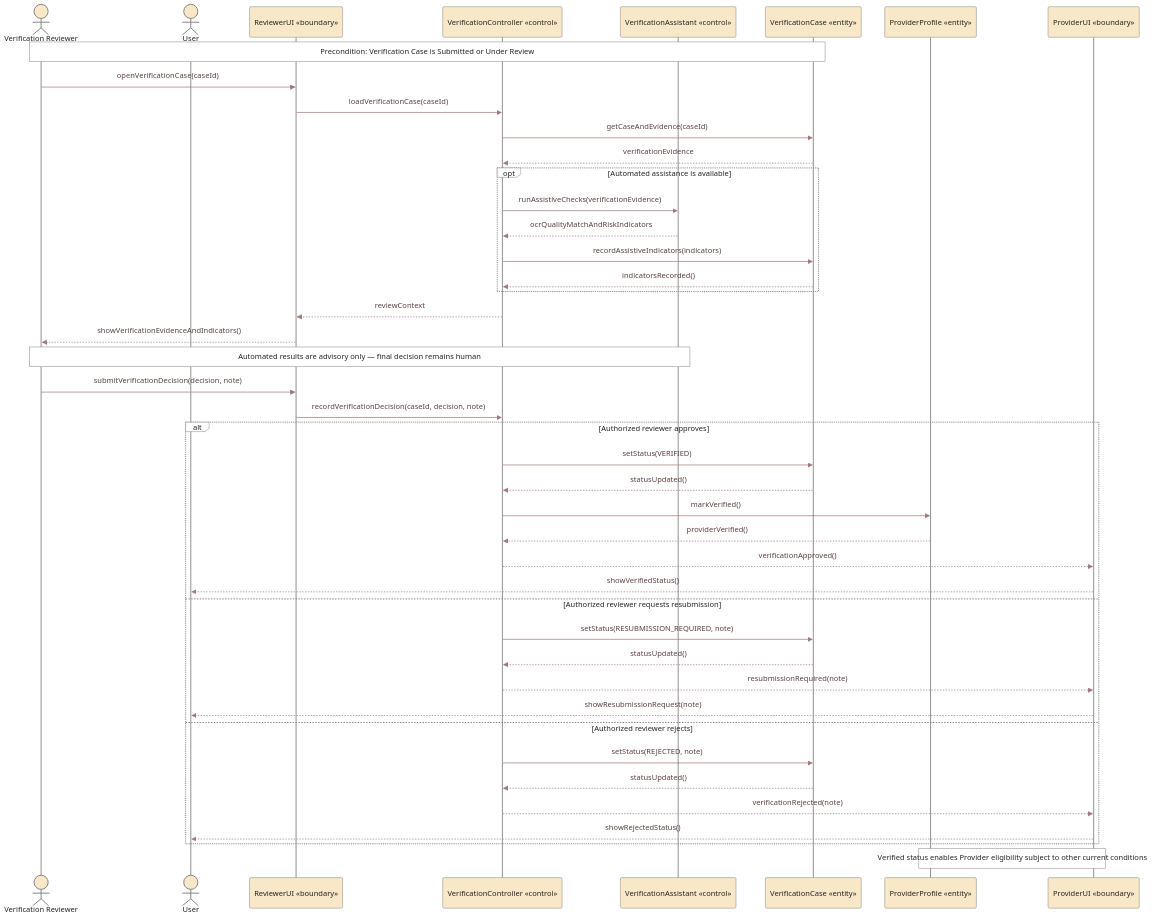
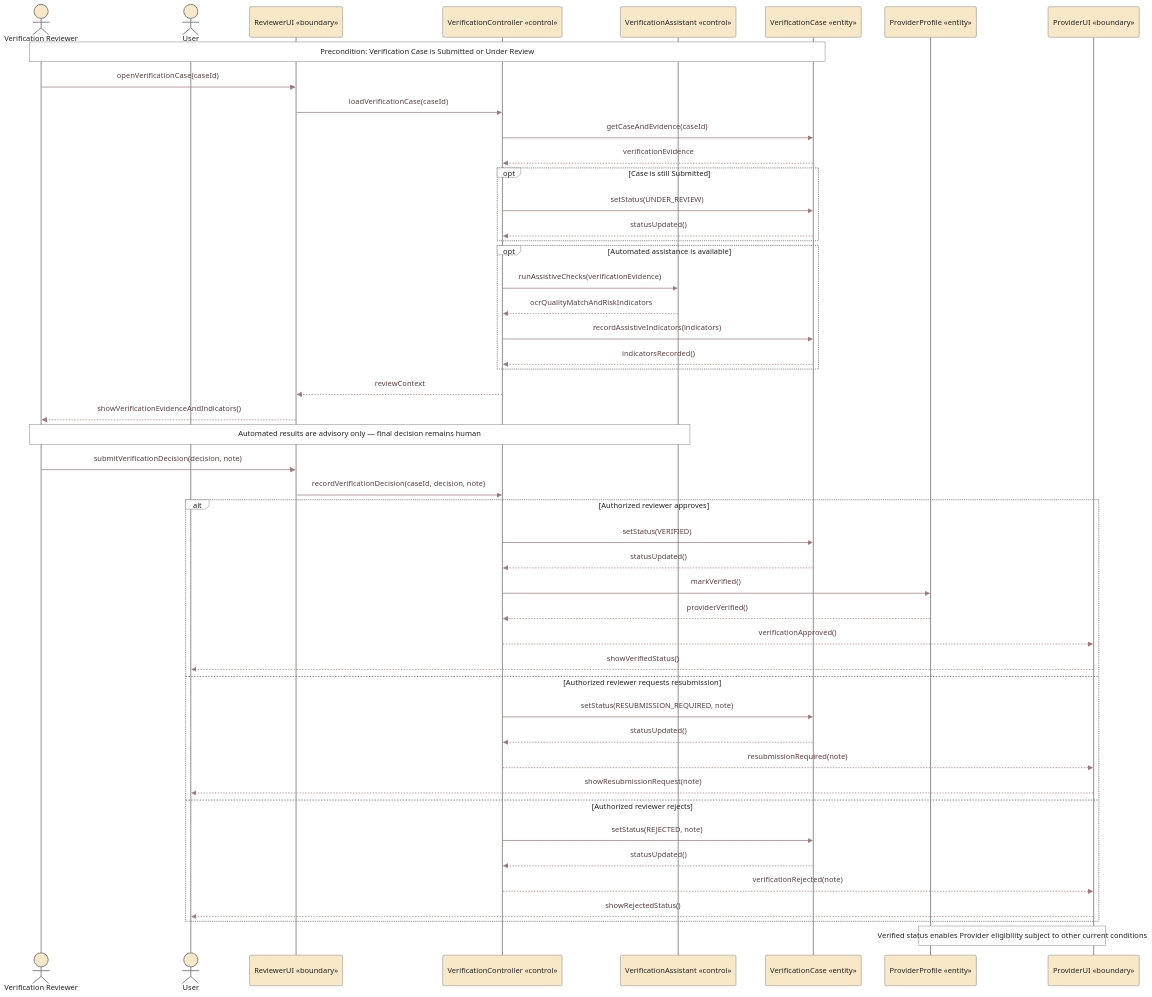
The second of 2 diagrams in diagrams/uc-09-provider-verification-sequence.md (Yadd-SanaaUniversityGraduationProject/yadd), drawn with Mermaid before and after one commit. The commit also changed other lines of this file, not shown here.

Commit message:
fix(diagrams): synchronize UC-09 submitted and under-review states

````diff
--- a/diagrams/uc-09-provider-verification-sequence.md
+++ b/diagrams/uc-09-provider-verification-sequence.md
@@ -76,57 +77,62 @@
 ```mermaid
 %%{init: {"theme":"base","themeVariables":{"background":"#FFFFFF","fontFamily":"Arial","actorBkg":"#F8E8C8","actorBorder":"#7E7E7E","actorTextColor":"#222222","actorLineColor":"#8A8A8A","signalColor":"#A07878","signalTextColor":"#5C3F3F","labelBoxBkgColor":"#FFFFFF","labelBoxBorderColor":"#7E7E7E","labelTextColor":"#222222","loopTextColor":"#222222","noteBkgColor":"#FFFFFF","noteBorderColor":"#7E7E7E","noteTextColor":"#222222","activationBkgColor":"#C8E0E8","activationBorderColor":"#7B969C","sequenceNumberColor":"#222222"}}}%%
 sequenceDiagram
     actor R as Verification Reviewer
     actor U as User
     participant RUI as ReviewerUI «boundary»
     participant VC as VerificationController «control»
     participant VA as VerificationAssistant «control»
     participant CASE as VerificationCase «entity»
     participant VP as ProviderProfile «entity»
     participant PUI as ProviderUI «boundary»
 
     Note over R,CASE: Precondition: Verification Case is Submitted or Under Review
 
     R->>RUI: openVerificationCase(caseId)
     RUI->>VC: loadVerificationCase(caseId)
     VC->>CASE: getCaseAndEvidence(caseId)
     CASE-->>VC: verificationEvidence
+
+    opt Case is still Submitted
+        VC->>CASE: setStatus(UNDER_REVIEW)
+        CASE-->>VC: statusUpdated()
+    end
 
     opt Automated assistance is available
         VC->>VA: runAssistiveChecks(verificationEvidence)
         VA-->>VC: ocrQualityMatchAndRiskIndicators
         VC->>CASE: recordAssistiveIndicators(indicators)
         CASE-->>VC: indicatorsRecorded()
     end
 
     VC-->>RUI: reviewContext
     RUI-->>R: showVerificationEvidenceAndIndicators()
 
     Note over R,VA: Automated results are advisory only — final decision remains human
 
     R->>RUI: submitVerificationDecision(decision, note)
     RUI->>VC: recordVerificationDecision(caseId, decision, note)
 
     alt Authorized reviewer approves
         VC->>CASE: setStatus(VERIFIED)
         CASE-->>VC: statusUpdated()
         VC->>VP: markVerified()
         VP-->>VC: providerVerified()
         VC-->>PUI: verificationApproved()
         PUI-->>U: showVerifiedStatus()
 
     else Authorized reviewer requests resubmission
         VC->>CASE: setStatus(RESUBMISSION_REQUIRED, note)
         CASE-->>VC: statusUpdated()
         VC-->>PUI: resubmissionRequired(note)
         PUI-->>U: showResubmissionRequest(note)
 
     else Authorized reviewer rejects
         VC->>CASE: setStatus(REJECTED, note)
         CASE-->>VC: statusUpdated()
         VC-->>PUI: verificationRejected(note)
         PUI-->>U: showRejectedStatus()
     end
 
     Note over VP,PUI: Verified status enables Provider eligibility subject to other current conditions
 ```
````
